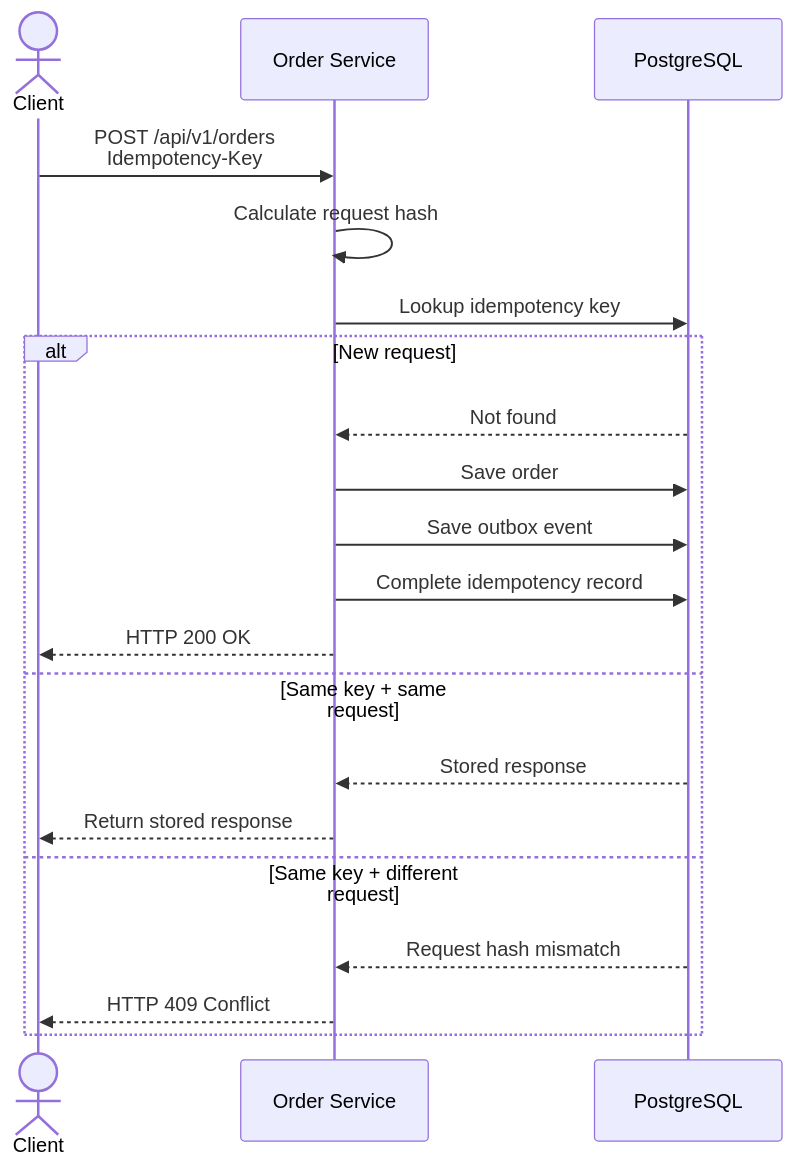
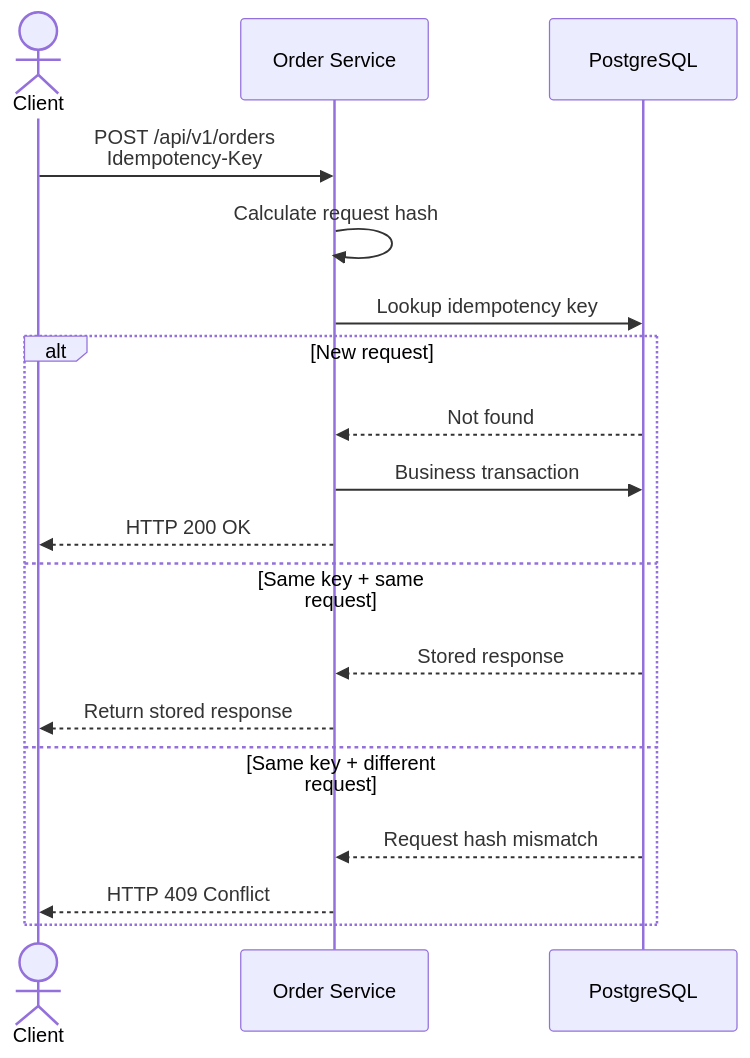
The fourth of 4 diagrams in README.md (KHolodilin/spring-transactional-outbox-kafka), drawn with Mermaid before and after one commit. The commit also changed other lines of this file, not shown here.

````diff
--- a/README.md
+++ b/README.md
@@ -133,30 +152,25 @@
 ```mermaid
 sequenceDiagram
     actor Client
     participant Service as Order Service
     participant DB as PostgreSQL
 
     Client->>Service: POST /api/v1/orders<br/>Idempotency-Key
 
     Service->>Service: Calculate request hash
-
     Service->>DB: Lookup idempotency key
 
     alt New request
         DB-->>Service: Not found
-
-        Service->>DB: Save order
-        Service->>DB: Save outbox event
-        Service->>DB: Complete idempotency record
-
+        Service->>DB: Business transaction
         Service-->>Client: HTTP 200 OK
 
     else Same key + same request
         DB-->>Service: Stored response
         Service-->>Client: Return stored response
 
     else Same key + different request
         DB-->>Service: Request hash mismatch
         Service-->>Client: HTTP 409 Conflict
     end
 ```
````
